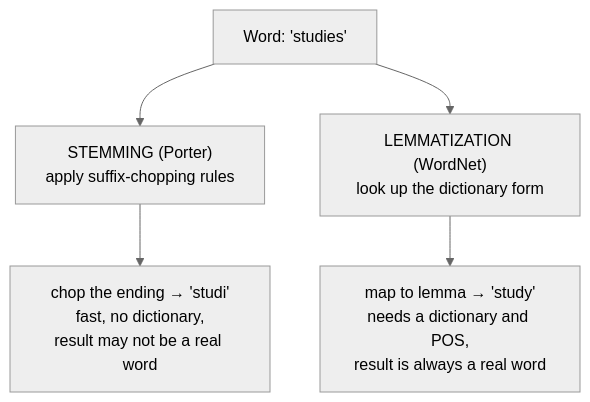
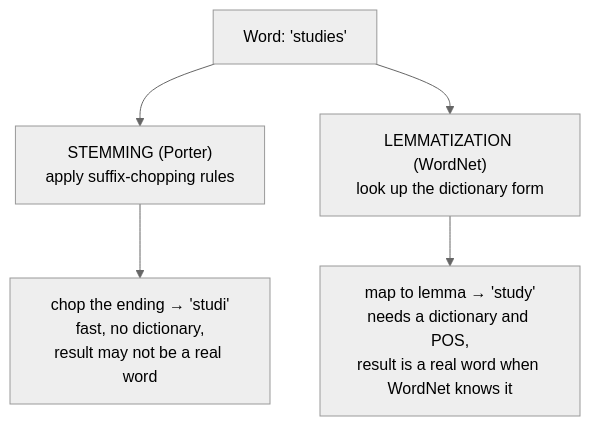
The first of 2 diagrams in content/courses/natural-language-processing-python/stemming-and-lemmatization.mdx (dataslope/dataslope), drawn with Mermaid (neutral theme) before and after one commit. The commit also changed other lines of this file and 68 other files, not shown here.

````diff
--- a/content/courses/natural-language-processing-python/stemming-and-lemmatization.mdx
+++ b/content/courses/natural-language-processing-python/stemming-and-lemmatization.mdx
@@ -33,7 +33,7 @@
 ```mermaid
 flowchart TB
     W["Word: 'studies'"] --> S["STEMMING (Porter)<br/>apply suffix-chopping rules"]
     W --> L["LEMMATIZATION (WordNet)<br/>look up the dictionary form"]
     S --> S1["chop the ending → 'studi'<br/>fast, no dictionary,<br/>result may not be a real word"]
-    L --> L1["map to lemma → 'study'<br/>needs a dictionary and POS,<br/>result is always a real word"]
+    L --> L1["map to lemma → 'study'<br/>needs a dictionary and POS,<br/>result is a real word when WordNet knows it"]
 ```
````
